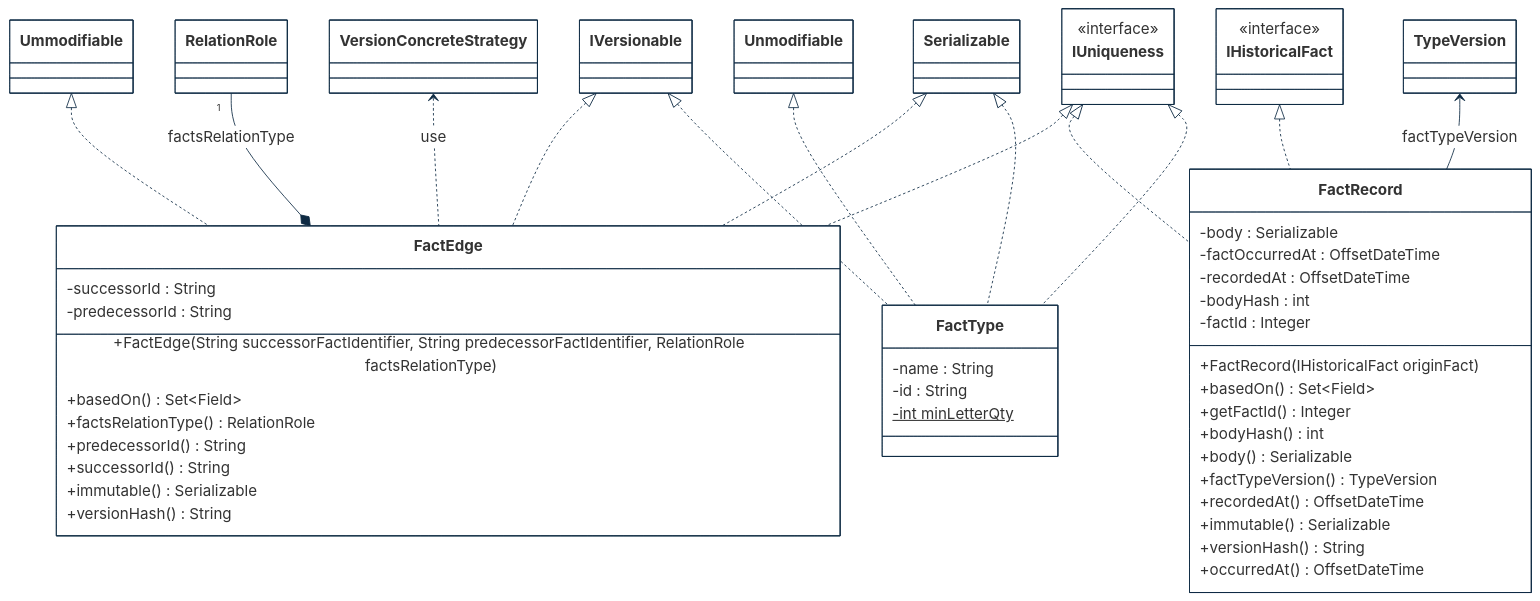
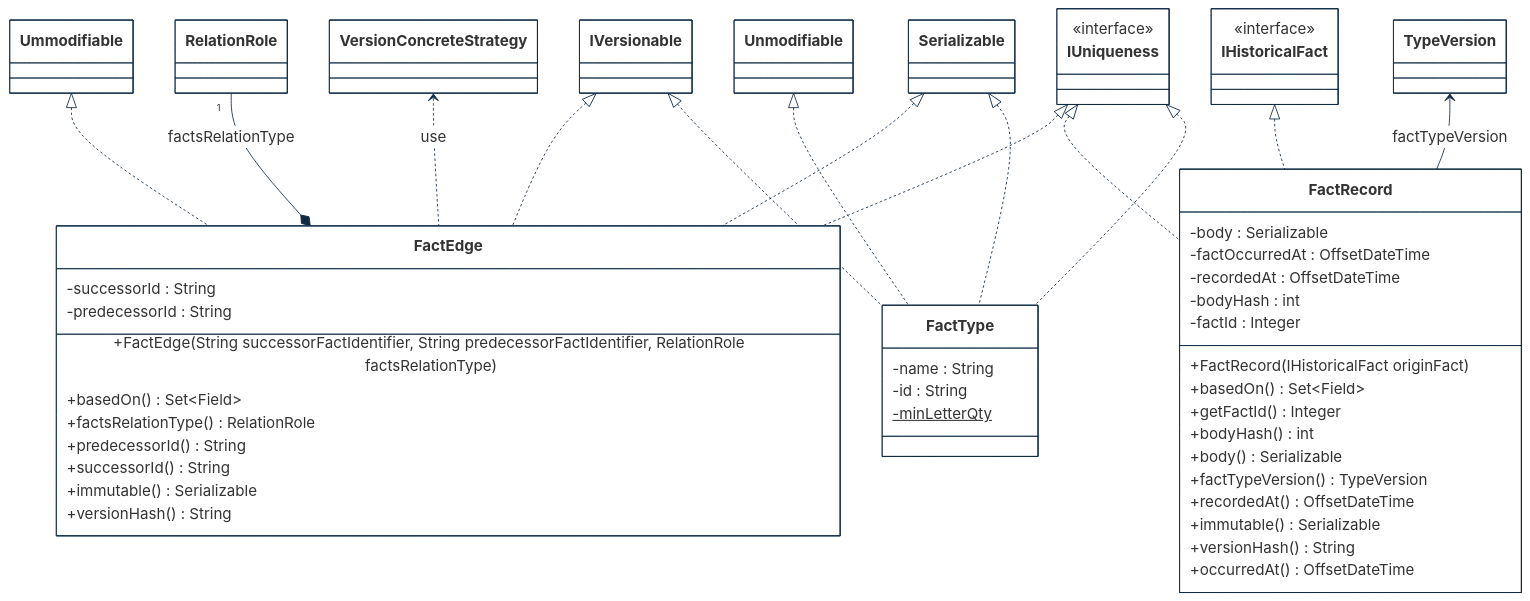
The first of 3 diagrams in implementations-line/framework/immutable/designview-packages.md (cybnity/foundation), drawn with Mermaid before and after one commit.

````diff
--- a/implementations-line/framework/immutable/designview-packages.md
+++ b/implementations-line/framework/immutable/designview-packages.md
@@ -15,76 +15,76 @@
 ```mermaid
 %%{
   init: {
     'theme': 'base',
     'themeVariables': {
         'background': '#ffffff',
         'fontFamily': 'arial',
         'fontSize': '18px',
         'primaryColor': '#fff',
         'primaryBorderColor': '#0e2a43',
         'secondaryBorderColor': '#0e2a43',
         'tertiaryBorderColor': '#0e2a43',
         'edgeLabelBackground':'#0e2a43',
         'lineColor': '#0e2a43',
         'tertiaryColor': '#fff'
     }
   }
 }%%
 classDiagram
     Ummodifiable <|.. FactEdge
     Unmodifiable <|.. FactType
     IVersionable <|.. FactEdge
     IVersionable <|.. FactType
     RelationRole "1" --* FactEdge : factsRelationType
     IHistoricalFact <|.. FactRecord
     VersionConcreteStrategy <.. FactEdge : use
     IUniqueness <|.. FactEdge
     IUniqueness <|.. FactRecord
     IUniqueness <|.. FactType
     Serializable <|.. FactEdge
     Serializable <|.. FactType
     TypeVersion <-- FactRecord : factTypeVersion
 
     class FactType {
         -name : String
         -id : String
-        -int minLetterQty$
+        -minLetterQty$
     }
     class IHistoricalFact {
         <<interface>>
     }
     class IUniqueness {
         <<interface>>
     }
     class RelationRole {
     }
     class FactEdge {
         -successorId : String
         -predecessorId : String
         +FactEdge(String successorFactIdentifier, String predecessorFactIdentifier, RelationRole factsRelationType)
         +basedOn() Set~Field~
         +factsRelationType() RelationRole
         +predecessorId() String
         +successorId() String
         +immutable() Serializable
         +versionHash() String
     }
     class FactRecord {
         -body : Serializable
         -factOccurredAt : OffsetDateTime
         -recordedAt : OffsetDateTime
         -bodyHash : int
         -factId : Integer
         +FactRecord(IHistoricalFact originFact)
         +basedOn() Set~Field~
         +getFactId() Integer
         +bodyHash() int
         +body() Serializable
         +factTypeVersion() TypeVersion
         +recordedAt() OffsetDateTime
         +immutable() Serializable
         +versionHash() String
         +occurredAt() OffsetDateTime
     }
 
 ```
````
